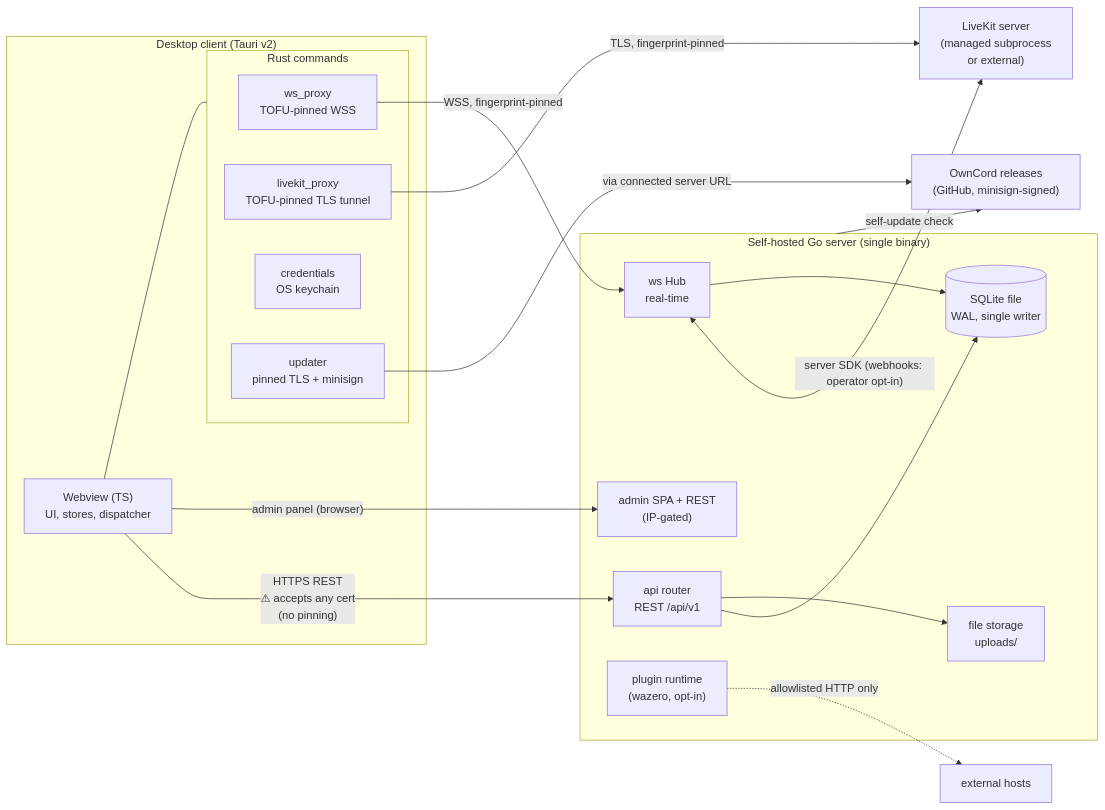
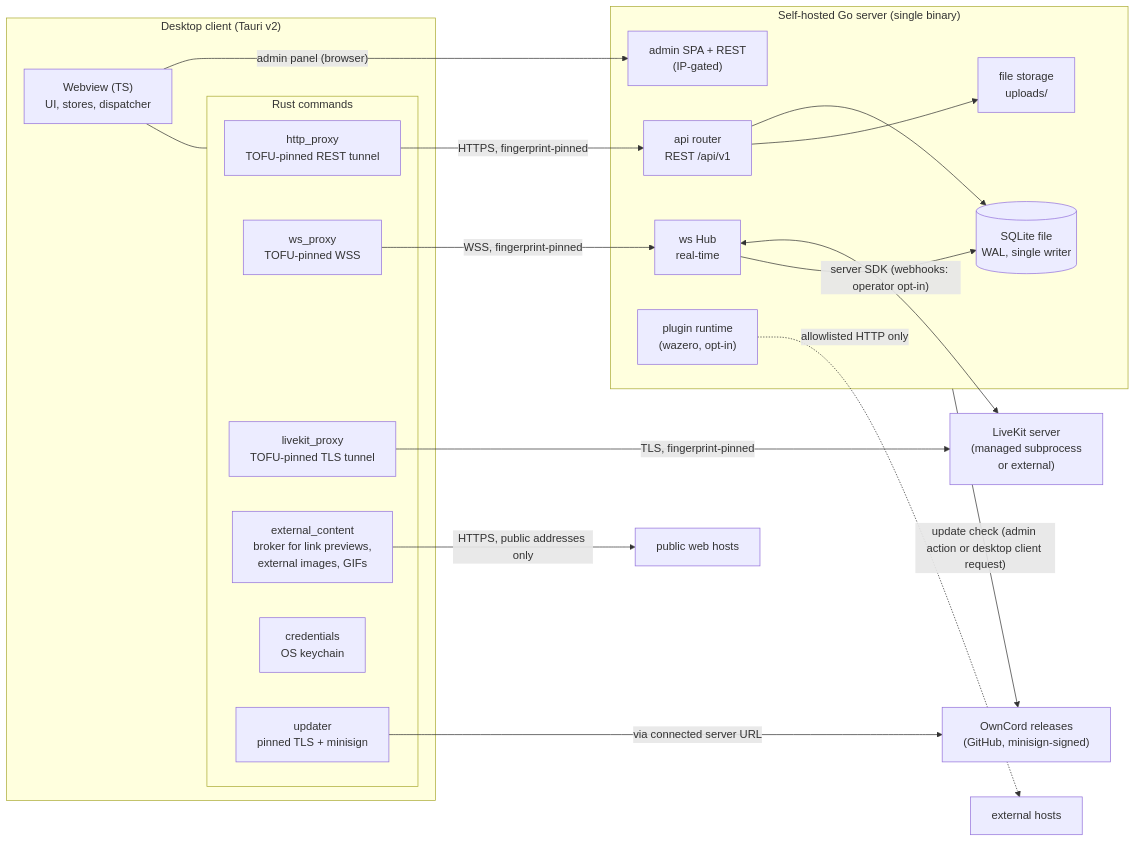
The first of 2 diagrams in docs/architecture/system-overview.md (J3vb/OwnCord), drawn with Mermaid before and after one commit. The commit also changed other lines of this file and 15 other files, not shown here.

First line of the commit message:
docs(architecture): refresh reference docs against dev and simplify wording (#2343)

````diff
--- a/docs/architecture/system-overview.md
+++ b/docs/architecture/system-overview.md
@@ -11,37 +19,41 @@
 ```mermaid
 flowchart LR
     subgraph desktop ["Desktop client (Tauri v2)"]
         WV["Webview (TS)<br/>UI, stores, dispatcher"]
         subgraph sidecars ["Rust commands"]
+            HTP["http_proxy<br/>TOFU-pinned REST tunnel"]
             WSP["ws_proxy<br/>TOFU-pinned WSS"]
             LKP["livekit_proxy<br/>TOFU-pinned TLS tunnel"]
+            EXT["external_content<br/>broker for link previews,<br/>external images, GIFs"]
             CRD["credentials<br/>OS keychain"]
             UPD["updater<br/>pinned TLS + minisign"]
         end
         WV --- sidecars
     end
 
     subgraph server ["Self-hosted Go server (single binary)"]
         RTR["api router<br/>REST /api/v1"]
         HUB["ws Hub<br/>real-time"]
         ADM["admin SPA + REST<br/>(IP-gated)"]
         PLG["plugin runtime<br/>(wazero, opt-in)"]
         DBF[("SQLite file<br/>WAL, single writer")]
         UPS["file storage<br/>uploads/"]
     end
 
     LK["LiveKit server<br/>(managed subprocess<br/>or external)"]
     REL["OwnCord releases<br/>(GitHub, minisign-signed)"]
+    WEB["public web hosts"]
 
-    WV -->|"HTTPS REST<br/>⚠ accepts any cert<br/>(no pinning)"| RTR
+    HTP -->|"HTTPS, fingerprint-pinned"| RTR
     WSP -->|"WSS, fingerprint-pinned"| HUB
     LKP -->|"TLS, fingerprint-pinned"| LK
+    EXT -->|"HTTPS, public addresses only"| WEB
     WV -->|"admin panel (browser)"| ADM
     HUB <-->|"server SDK (webhooks: operator opt-in)"| LK
     RTR --> DBF
     HUB --> DBF
     RTR --> UPS
     PLG -.->|"allowlisted HTTP only"| NET["external hosts"]
     UPD -->|"via connected server URL"| REL
-    server -->|"self-update check"| REL
+    server -->|"update check (admin action or desktop client request)"| REL
 ```
````
